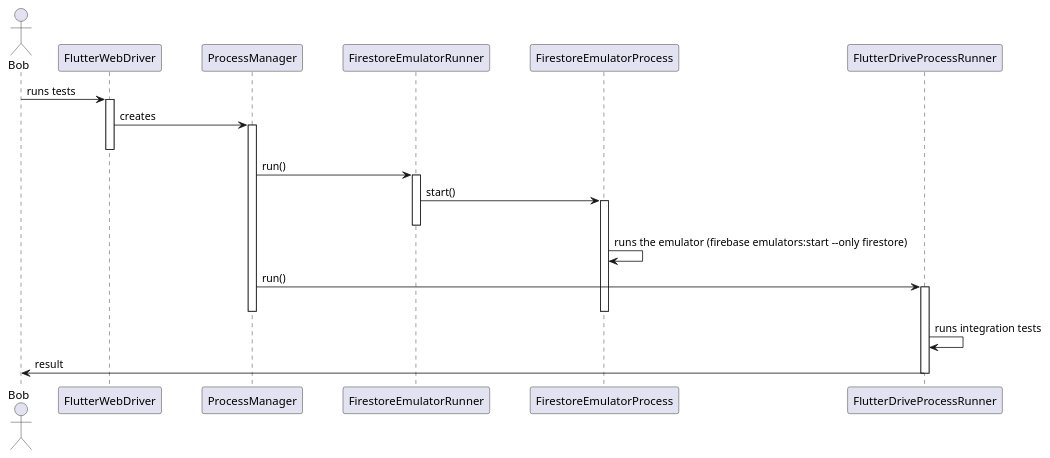
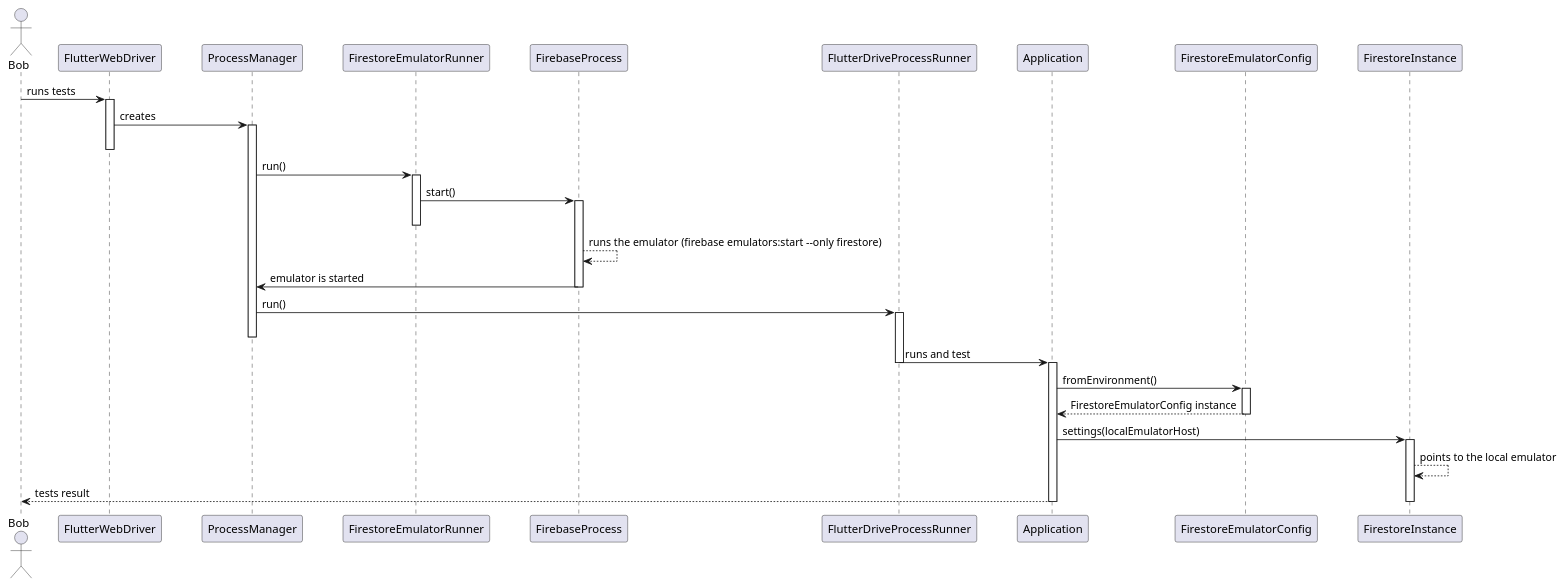
Before and after one commit to Flank/flank-dashboard: the diagram in metrics/web/docs/features/firestore_emulator_for_driver_tests/diagrams/firestore_emulator_sequence_diagram.puml, drawn with PlantUML. The commit also changed 2 other files, not shown here.

```diff
--- a/metrics/web/docs/features/firestore_emulator_for_driver_tests/diagrams/firestore_emulator_sequence_diagram.puml
+++ b/metrics/web/docs/features/firestore_emulator_for_driver_tests/diagrams/firestore_emulator_sequence_diagram.puml
@@ -1,42 +1,62 @@
 @startuml firestore_emulator_sequence_diagram
 
 skinparam ParticipantPadding 20
 skinparam BoxPadding 10
 
 actor Bob
 
 participant FlutterWebDriver
 participant ProcessManager
 participant FirestoreEmulatorRunner
-participant FirestoreEmulatorProcess
+participant FirebaseProcess
 participant FlutterDriveProcessRunner
+participant Application
+participant FirestoreEmulatorConfig
+participant FirestoreInstance
 
 Bob -> FlutterWebDriver : runs tests
 activate FlutterWebDriver
 
 FlutterWebDriver -> ProcessManager : creates
 activate ProcessManager
 deactivate FlutterWebDriver
 
 ProcessManager -> FirestoreEmulatorRunner : run()
 activate FirestoreEmulatorRunner
 
 
-FirestoreEmulatorRunner -> FirestoreEmulatorProcess : start()
-activate FirestoreEmulatorProcess
+FirestoreEmulatorRunner -> FirebaseProcess : start()
+activate FirebaseProcess
 deactivate FirestoreEmulatorRunner
 
-FirestoreEmulatorProcess -> FirestoreEmulatorProcess : runs the emulator (firebase emulators:start --only firestore)
+FirebaseProcess --> FirebaseProcess : runs the emulator (firebase emulators:start --only firestore)
+
+FirebaseProcess -> ProcessManager : emulator is started
+deactivate FirebaseProcess
 
 ProcessManager -> FlutterDriveProcessRunner : run()
 activate FlutterDriveProcessRunner
 deactivate ProcessManager
 
-deactivate FirestoreEmulatorProcess
+deactivate FirebaseProcess
 
-FlutterDriveProcessRunner -> FlutterDriveProcessRunner : runs integration tests
+FlutterDriveProcessRunner -> Application : runs and test
+deactivate FlutterDriveProcessRunner
+activate Application
 
-FlutterDriveProcessRunner -> Bob : result
-deactivate FlutterDriveProcessRunner
+Application -> FirestoreEmulatorConfig : fromEnvironment()
+activate FirestoreEmulatorConfig
+
+FirestoreEmulatorConfig --> Application : FirestoreEmulatorConfig instance
+deactivate FirestoreEmulatorConfig
+
+Application -> FirestoreInstance : settings(localEmulatorHost)
+activate FirestoreInstance
+
+FirestoreInstance --> FirestoreInstance : points to the local emulator
+
+Application --> Bob : tests result
+deactivate FirestoreInstance
+deactivate Application
 
 @enduml
```
